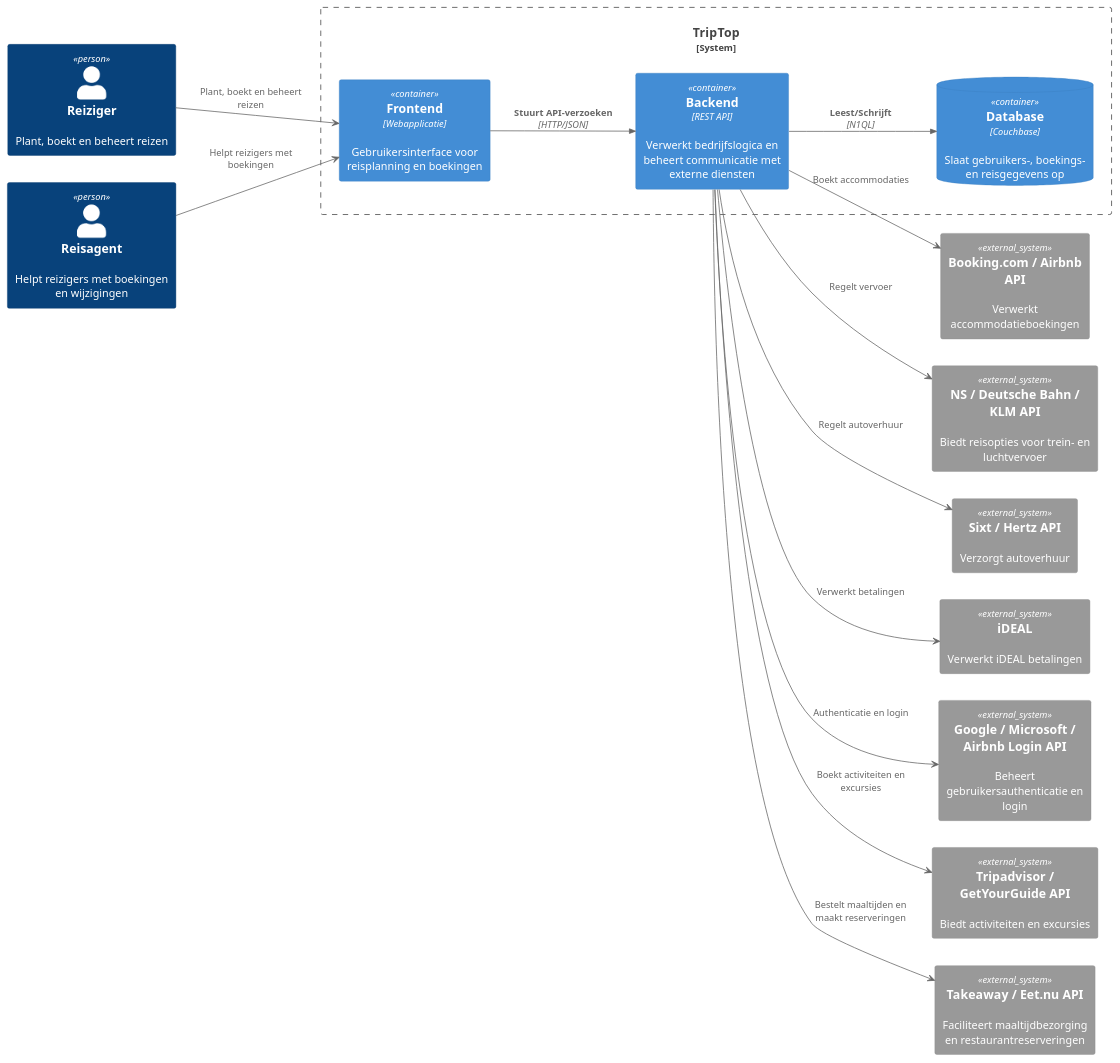
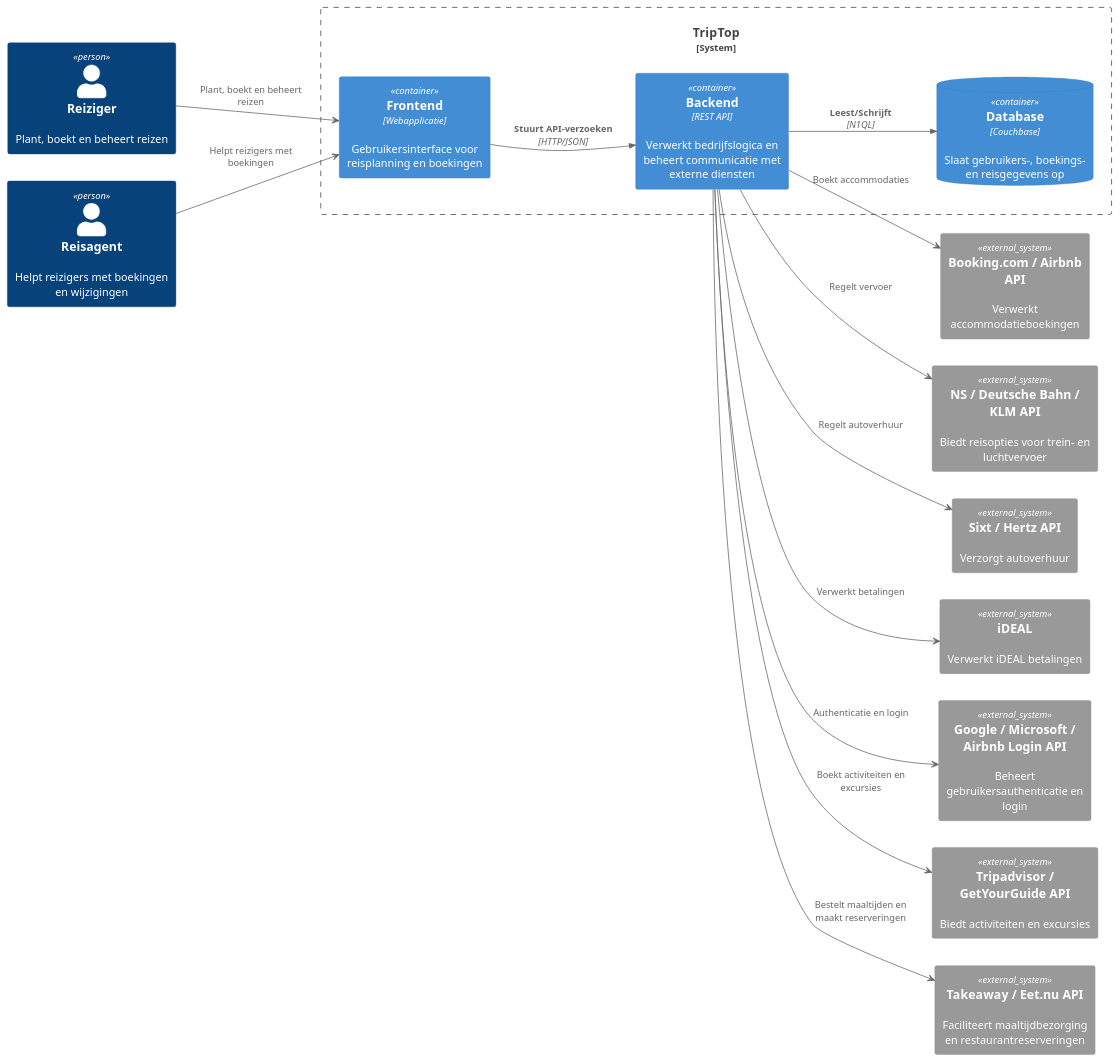
Before and after one commit to AIM-ENE-feb25/triptop-groep-3: the diagram in opdracht-diagrammen/C4 Container/Static/C4-ContainerDiagram-TripTop.puml, drawn with PlantUML. The commit also changed 2 other files, not shown here.

```diff
--- a/opdracht-diagrammen/C4 Container/Static/C4-ContainerDiagram-TripTop.puml
+++ b/opdracht-diagrammen/C4 Container/Static/C4-ContainerDiagram-TripTop.puml
@@ -1,50 +1,51 @@
 @startuml C4_Elements
 !include https://raw.githubusercontent.com/plantuml-stdlib/C4-PlantUML/master/C4_Container.puml
 left to right direction
 ' Definieer Gebruikers
 Person(Traveler, "Reiziger", "Plant, boekt en beheert reizen")
 Person(TravelAgent, "Reisagent", "Helpt reizigers met boekingen en wijzigingen")
 
 ' Definieer Systeem
 System_Boundary(TripTop, "TripTop", $link="https://github.com/plantuml-stdlib/C4-PlantUML") {
 
     ' Definieer Containers
     Container(Frontend, "Frontend", "Webapplicatie", "Gebruikersinterface voor reisplanning en boekingen")
     Container(Backend, "Backend", "REST API", "Verwerkt bedrijfslogica en beheert communicatie met externe diensten")
     ContainerDb(Database, "Database", "Couchbase", "Slaat gebruikers-, boekings- en reisgegevens op")
 }
 
 ' Definieer Externe Systemen
 System_Ext(Booking, "Booking.com / Airbnb API", "Verwerkt accommodatieboekingen")
 System_Ext(Transport, "NS / Deutsche Bahn / KLM API", "Biedt reisopties voor trein- en luchtvervoer")
 System_Ext(CarRent, "Sixt / Hertz API", "Verzorgt autoverhuur")
 System_Ext(Activities, "Tripadvisor / GetYourGuide API", "Biedt activiteiten en excursies")
 System_Ext(Food, "Takeaway / Eet.nu API", "Faciliteert maaltijdbezorging en restaurantreserveringen")
 System_Ext(IdProvider, "Google / Microsoft / Airbnb Login API", "Beheert gebruikersauthenticatie en login")
 System_Ext(IDeal, "iDEAL", "Verwerkt iDEAL betalingen")
 
 ' Relaties
 Traveler -> Frontend : "Plant, boekt en beheert reizen"
 TravelAgent -> Frontend : "Helpt reizigers met boekingen"
 Rel(Frontend, Backend, "Stuurt API-verzoeken", "HTTP/JSON")
 Backend -> Booking : "Boekt accommodaties"
 Backend -> Transport : "Regelt vervoer"
 Backend -> CarRent : "Regelt autoverhuur"
 Backend -> Activities : "Boekt activiteiten en excursies"
 Backend -> Food : "Bestelt maaltijden en maakt reserveringen"
 Backend -> IDeal : "Verwerkt betalingen"
 Rel(Backend, Database, "Leest/Schrijft", "N1QL")
 Backend -> IdProvider : "Authenticatie en login"
 
 ' Positionering
 Traveler -[hidden]-> TripTop
 TravelAgent -[hidden]-> TripTop
+Frontend -[hidden]-> Backend
 Backend -[hidden]-> Booking
 Backend -[hidden]-> Transport
 Backend -[hidden]-> CarRent
 Backend -[hidden]-> Activities
 Backend -[hidden]-> Food
 Backend -[hidden]-> IdProvider
 Backend -[hidden]-> IDeal
 
 @enduml
```
